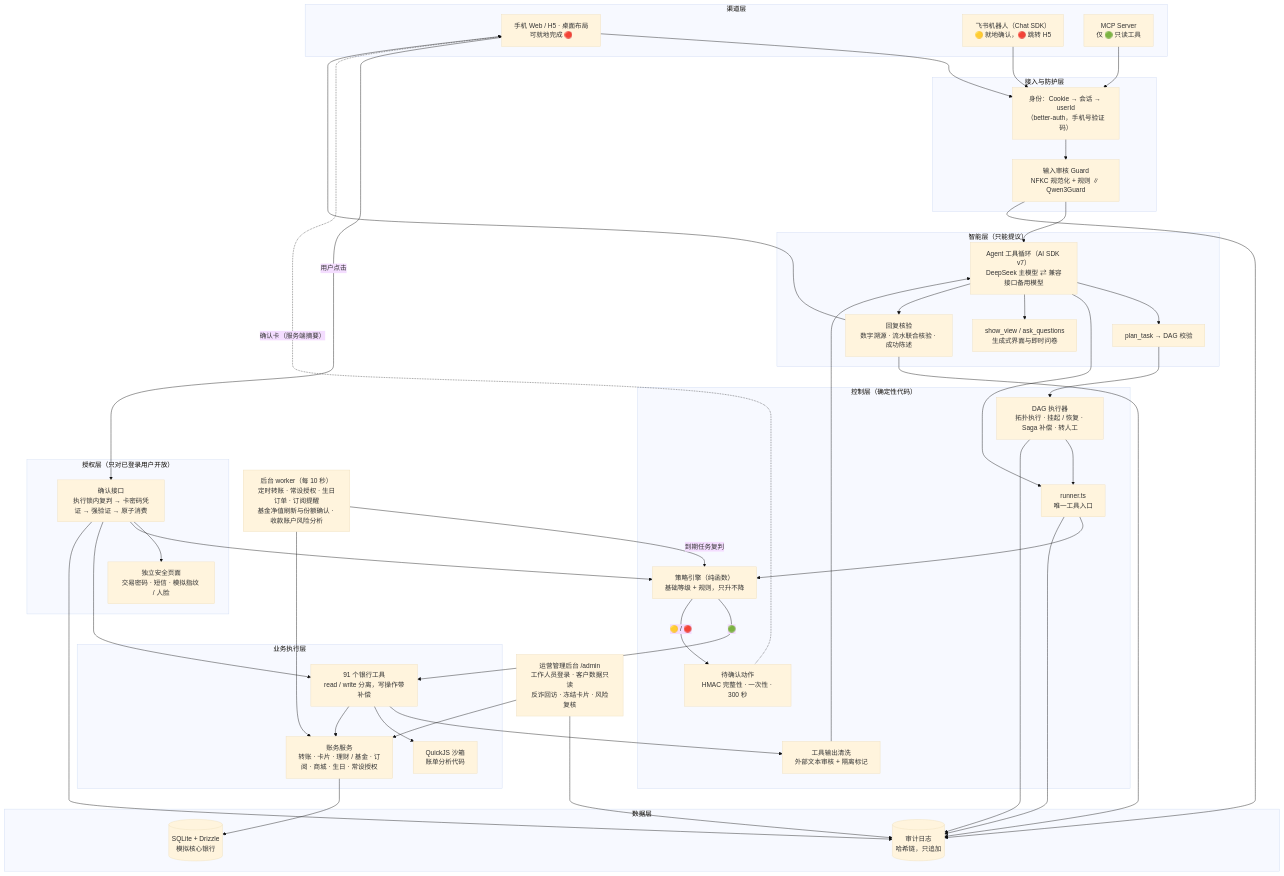
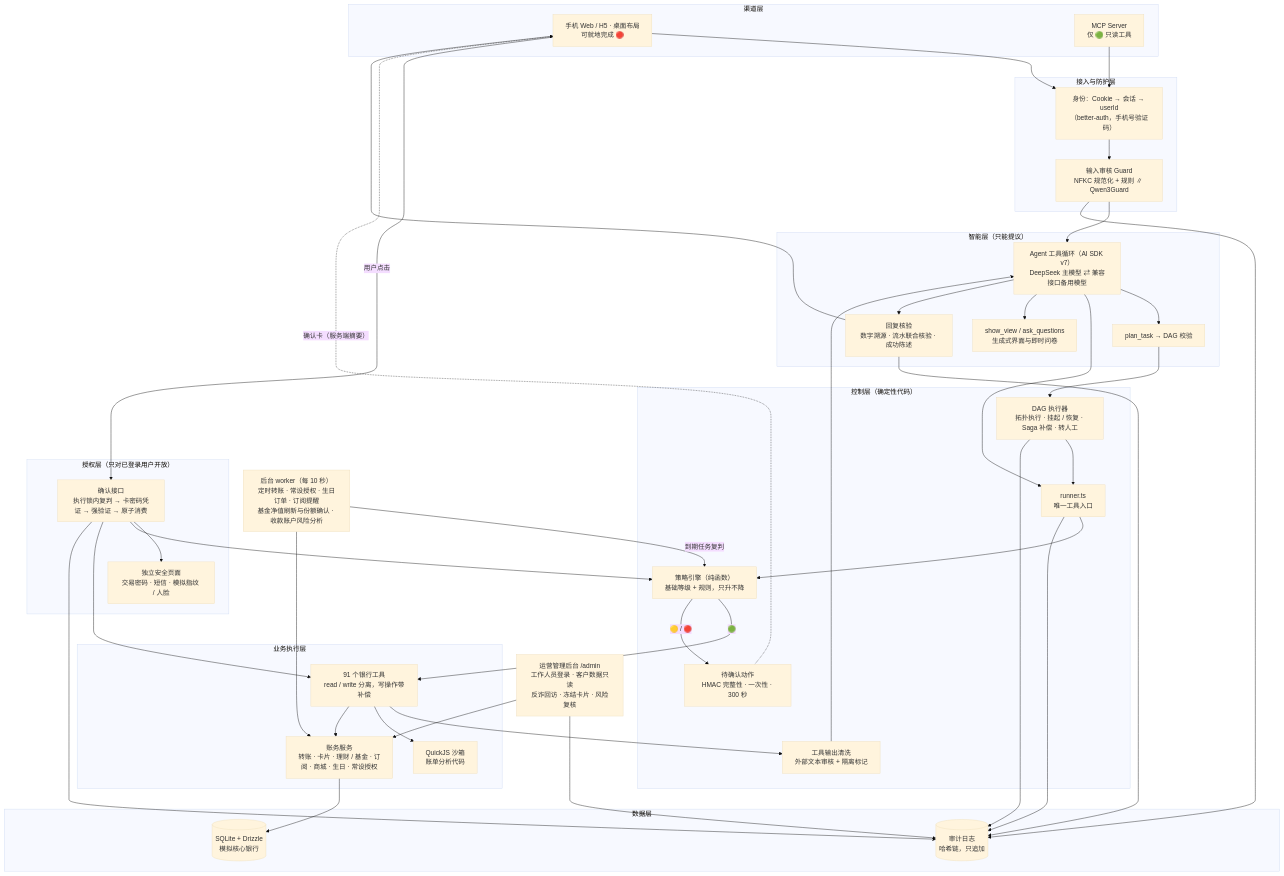
The first of 3 diagrams in docs/ARCHITECTURE.md (MTKD0/wencai_agent), drawn with Mermaid (base theme) before and after one commit. The commit also changed other lines of this file and 3 other files, not shown here.

````diff
--- a/docs/ARCHITECTURE.md
+++ b/docs/ARCHITECTURE.md
@@ -25,67 +25,66 @@
 ```mermaid
 flowchart TB
   subgraph CH["渠道层"]
     WEB["手机 Web / H5 · 桌面布局<br/>可就地完成 🔴"]
-    LARK["飞书机器人（Chat SDK）<br/>🟡 就地确认，🔴 跳转 H5"]
     MCP["MCP Server<br/>仅 🟢 只读工具"]
   end
 
   subgraph GW["接入与防护层"]
     AUTH["身份：Cookie → 会话 → userId<br/>（better-auth，手机号验证码）"]
     GUARD["输入审核 Guard<br/>NFKC 规范化 + 规则 ∥ Qwen3Guard"]
   end
 
   subgraph AG["智能层（只能提议）"]
     LLM["Agent 工具循环（AI SDK v7）<br/>DeepSeek 主模型 ⇄ 兼容接口备用模型"]
     PLAN["plan_task → DAG 校验"]
     UI["show_view / ask_questions<br/>生成式界面与即时问卷"]
     VERIFY["回复核验<br/>数字溯源 · 流水联合核验 · 成功陈述"]
   end
 
   subgraph CTRL["控制层（确定性代码）"]
     RUNNER["runner.ts<br/>唯一工具入口"]
     POLICY["策略引擎（纯函数）<br/>基础等级 + 规则，只升不降"]
     PENDING["待确认动作<br/>HMAC 完整性 · 一次性 · 300 秒"]
     EXEC["DAG 执行器<br/>拓扑执行 · 挂起 / 恢复 · Saga 补偿 · 转人工"]
     SANITIZE["工具输出清洗<br/>外部文本审核 + 隔离标记"]
   end
 
   subgraph SEC["授权层（只对已登录用户开放）"]
     CONFIRM["确认接口<br/>执行锁内复判 → 卡密码凭证 → 强验证 → 原子消费"]
     SECPAGE["独立安全页面<br/>交易密码 · 短信 · 模拟指纹 / 人脸"]
   end
 
   subgraph BIZ["业务执行层"]
     TOOLS["91 个银行工具<br/>read / write 分离，写操作带补偿"]
     SVC["账务服务<br/>转账 · 卡片 · 理财 / 基金 · 订阅 · 商城 · 生日 · 常设授权"]
     SANDBOX["QuickJS 沙箱<br/>账单分析代码"]
   end
 
   subgraph DATA["数据层"]
     DB[("SQLite + Drizzle<br/>模拟核心银行")]
     AUDIT[("审计日志<br/>哈希链，只追加")]
   end
 
   WORKER["后台 worker（每 10 秒）<br/>定时转账 · 常设授权 · 生日订单 · 订阅提醒<br/>基金净值刷新与份额确认 · 收款账户风险分析"]
   ADMIN["运营管理后台 /admin<br/>工作人员登录 · 客户数据只读<br/>反诈回访 · 冻结卡片 · 风险复核"]
 
-  WEB & LARK & MCP --> AUTH --> GUARD --> LLM
+  WEB & MCP --> AUTH --> GUARD --> LLM
   LLM --> PLAN --> EXEC --> RUNNER
   LLM --> RUNNER
   LLM --> UI
   LLM --> VERIFY --> WEB
   RUNNER --> POLICY
   POLICY -- "🟢" --> TOOLS
   POLICY -- "🟡 / 🔴" --> PENDING
   TOOLS --> SANITIZE --> LLM
   TOOLS --> SANDBOX
   PENDING -. "确认卡（服务端摘要）" .-> WEB
   WEB -- "用户点击" --> CONFIRM
   CONFIRM --> SECPAGE
   CONFIRM --> POLICY
   CONFIRM --> TOOLS --> SVC --> DB
   WORKER -- "到期任务复判" --> POLICY
   WORKER --> SVC
   ADMIN --> SVC
   RUNNER & CONFIRM & EXEC & GUARD & VERIFY & ADMIN --> AUDIT
 ```
````
